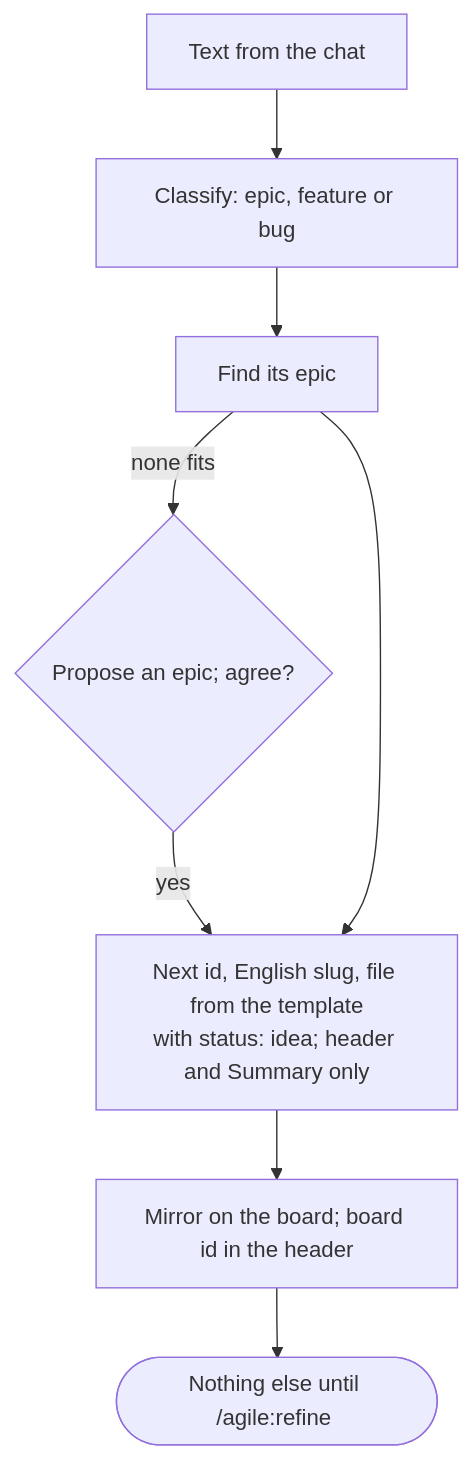
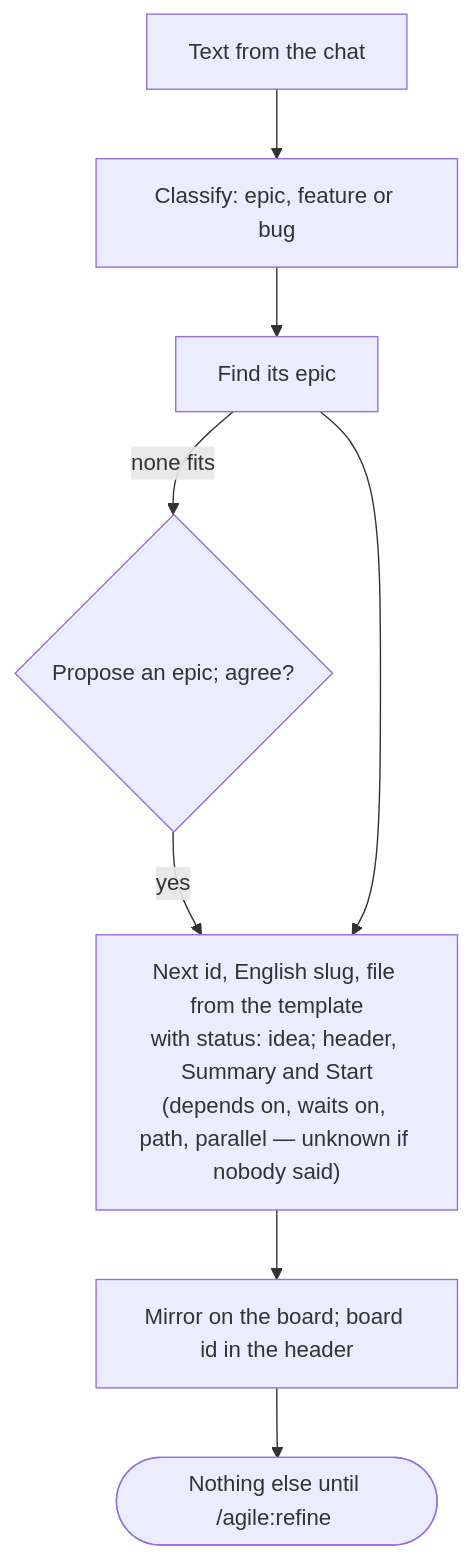
The fourth of 18 diagrams in docs/agile/workflow.md (alexcanario/simulab), drawn with Mermaid before and after one commit. The commit also changed other lines of this file and 11 other files, not shown here.

````diff
--- a/docs/agile/workflow.md
+++ b/docs/agile/workflow.md
@@ -946,10 +1167,10 @@
 ```mermaid
 flowchart TD
     A["Text from the chat"] --> B["Classify: epic, feature or bug"]
     B --> C["Find its epic"]
     C -->|none fits| C1{"Propose an epic; agree?"}
     C1 -->|yes| D
-    C --> D["Next id, English slug, file from the template<br/>with status: idea; header and Summary only"]
+    C --> D["Next id, English slug, file from the template<br/>with status: idea; header, Summary and Start<br/>(depends on, waits on, path, parallel — unknown if nobody said)"]
     D --> E["Mirror on the board; board id in the header"]
     E --> F(["Nothing else until /agile:refine <id>"])
 ```
````
